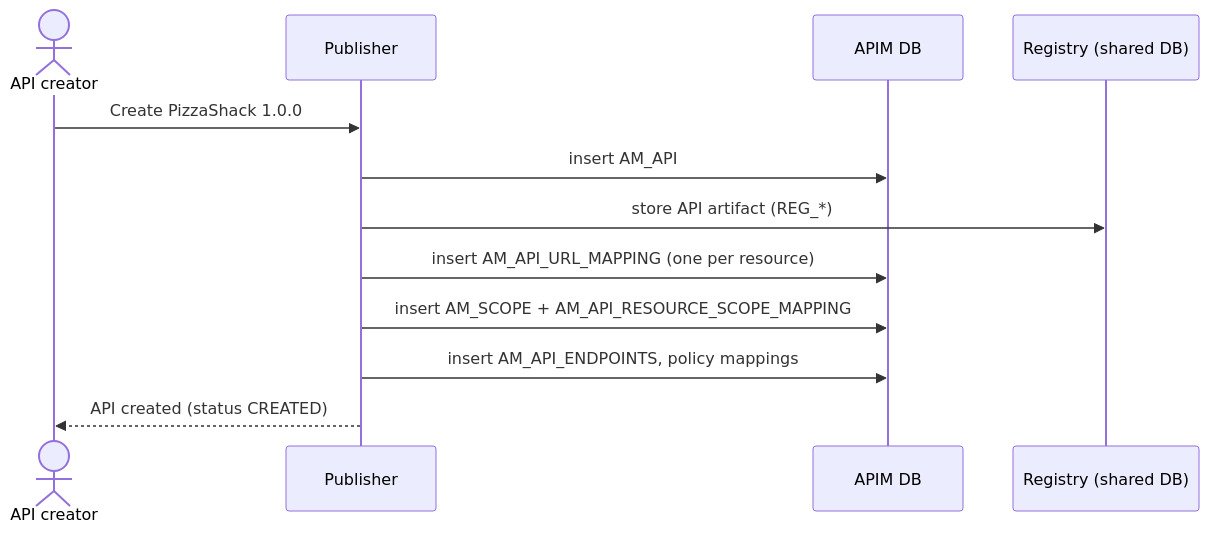
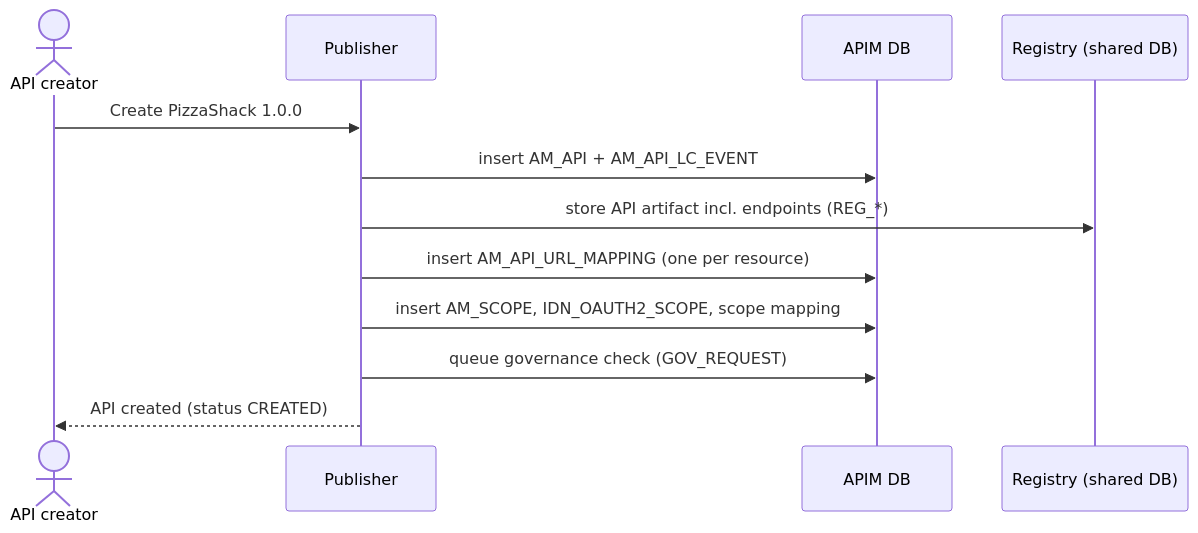
One commit to SaviNimz/apim-db-docs changed the diagram in docs/apim-4/flows/02-create-api.md. Above: the diagram before and after it, drawn with Mermaid. The commit also changed other lines of this file and 55 other files, not shown here.

First line of the commit message:
Verify all core flows against running 3.2.0 and 4.7.0 servers

````diff
--- a/docs/apim-4/flows/02-create-api.md
+++ b/docs/apim-4/flows/02-create-api.md
@@ -12,14 +20,14 @@
 ```mermaid
 sequenceDiagram
     actor Creator as API creator
     participant Pub as Publisher
     participant DB as APIM DB
     participant Reg as Registry (shared DB)
     Creator->>Pub: Create PizzaShack 1.0.0
-    Pub->>DB: insert AM_API
-    Pub->>Reg: store API artifact (REG_*)
+    Pub->>DB: insert AM_API + AM_API_LC_EVENT
+    Pub->>Reg: store API artifact incl. endpoints (REG_*)
     Pub->>DB: insert AM_API_URL_MAPPING (one per resource)
-    Pub->>DB: insert AM_SCOPE + AM_API_RESOURCE_SCOPE_MAPPING
-    Pub->>DB: insert AM_API_ENDPOINTS, policy mappings
+    Pub->>DB: insert AM_SCOPE, IDN_OAUTH2_SCOPE, scope mapping
+    Pub->>DB: queue governance check (GOV_REQUEST)
     Pub-->>Creator: API created (status CREATED)
 ```
````
